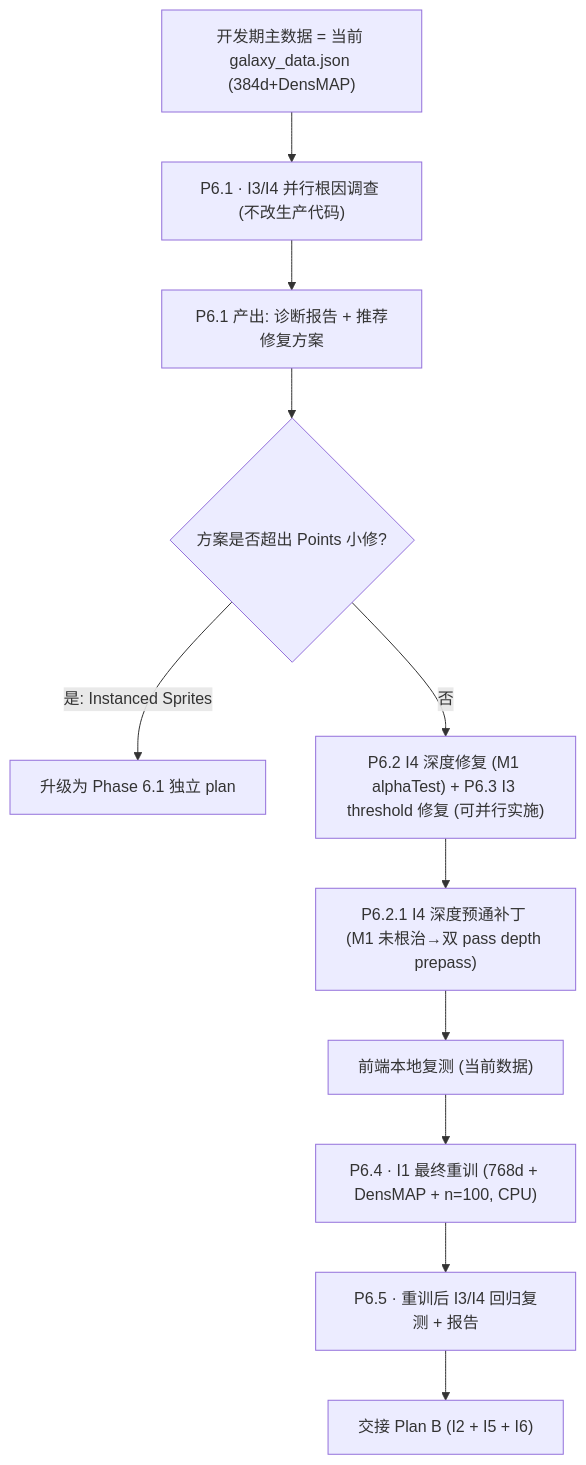
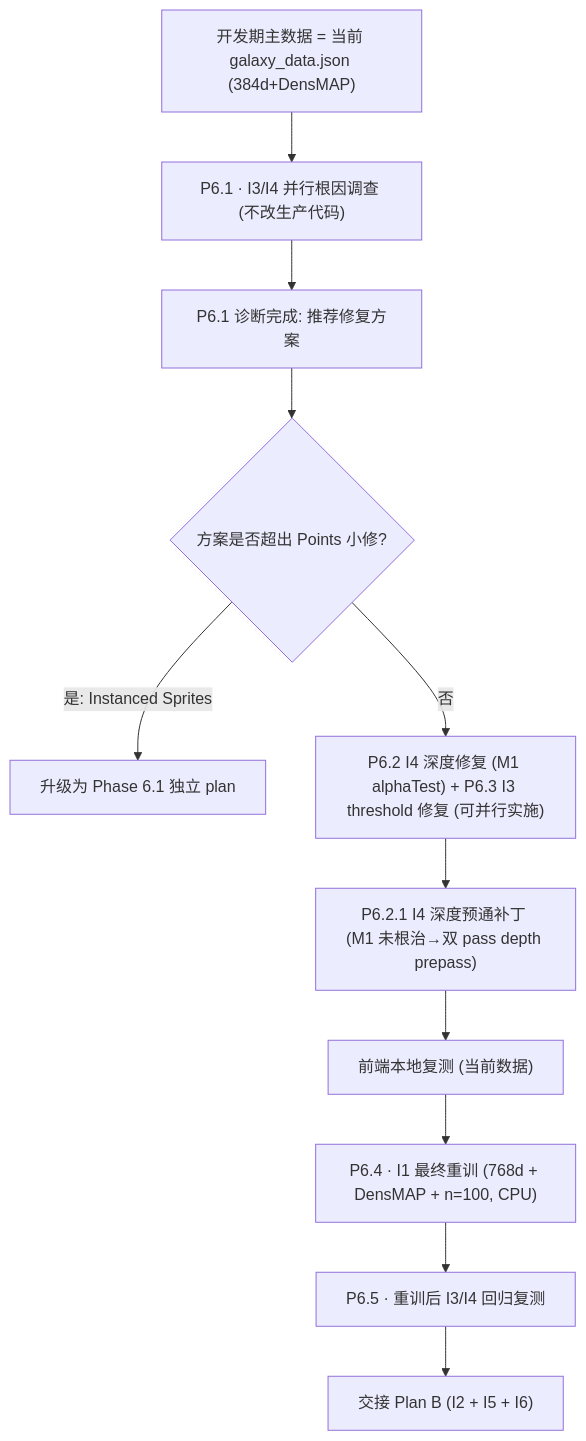
The diagram in .cursor/plans/phase_6_i1_i3_i4_adfb5e1b.plan.md (XYBuilds/chronicle_v3_3d_galaxy), drawn with Mermaid before and after one commit. The commit also changed other lines of this file, not shown here.

Commit message:
Update Phase 6 plan to reflect the completion of I4 depth fix and adjust the status of I3 hover threshold fix to pending. Refine descriptions for tasks related to I1 final retrain and regression handoff, ensuring clarity on the execution sequence and dependencies.

````diff
--- a/.cursor/plans/phase_6_i1_i3_i4_adfb5e1b.plan.md
+++ b/.cursor/plans/phase_6_i1_i3_i4_adfb5e1b.plan.md
@@ -42,15 +42,15 @@
 ```mermaid
 flowchart TD
     Start["开发期主数据 = 当前 galaxy_data.json (384d+DensMAP)"]
     Start --> D["P6.1 · I3/I4 并行根因调查 (不改生产代码)"]
-    D --> R["P6.1 产出: 诊断报告 + 推荐修复方案"]
+    D --> R["P6.1 诊断完成: 推荐修复方案"]
     R --> Escalate{"方案是否超出 Points 小修?"}
     Escalate -->|"是: Instanced Sprites"| P61["升级为 Phase 6.1 独立 plan"]
     Escalate -->|"否"| Fix
     Fix["P6.2 I4 深度修复 (M1 alphaTest) + P6.3 I3 threshold 修复 (可并行实施)"]
     Fix --> P621["P6.2.1 I4 深度预通补丁 (M1 未根治→双 pass depth prepass)"]
     P621 --> Smoke["前端本地复测 (当前数据)"]
     Smoke --> Retrain["P6.4 · I1 最终重训 (768d + DensMAP + n=100, CPU)"]
-    Retrain --> Regress["P6.5 · 重训后 I3/I4 回归复测 + 报告"]
+    Retrain --> Regress["P6.5 · 重训后 I3/I4 回归复测"]
     Regress --> HandoffB["交接 Plan B (I2 + I5 + I6)"]
 ```
````
